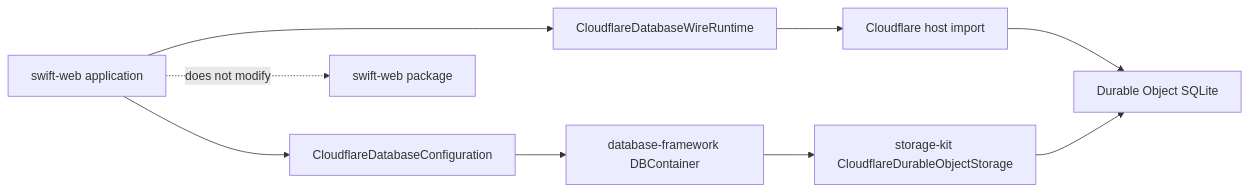
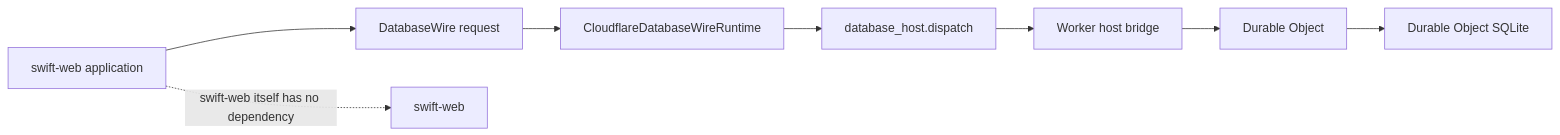
Before and after one commit to 1amageek/database-framework-cloudflare: the first of 4 diagrams in README.md, drawn with Mermaid. The commit also changed other lines of this file, not shown here.

````diff
--- a/README.md
+++ b/README.md
@@ -5,11 +7,11 @@
 ```mermaid
 flowchart LR
-  App["swift-web application"] --> Runtime["CloudflareDatabaseWireRuntime"]
-  Runtime --> Host["Cloudflare host import"]
-  Host --> DO["Durable Object SQLite"]
-  App --> Config["CloudflareDatabaseConfiguration"]
-  Config --> Container["database-framework DBContainer"]
-  Container --> StorageKit["storage-kit CloudflareDurableObjectStorage"]
-  StorageKit --> DO
-  App -. "does not modify" .-> SwiftWeb["swift-web package"]
+  Service["swift-web application"] --> Wire["DatabaseWire request"]
+  Wire --> Runtime["CloudflareDatabaseWireRuntime"]
+  Runtime --> Import["database_host.dispatch"]
+  Import --> WorkerHost["Worker host bridge"]
+  WorkerHost --> DO["Durable Object"]
+  DO --> SQLite["Durable Object SQLite"]
+
+  Service -. "swift-web itself has no dependency" .-> SwiftWeb["swift-web"]
 ```
````
